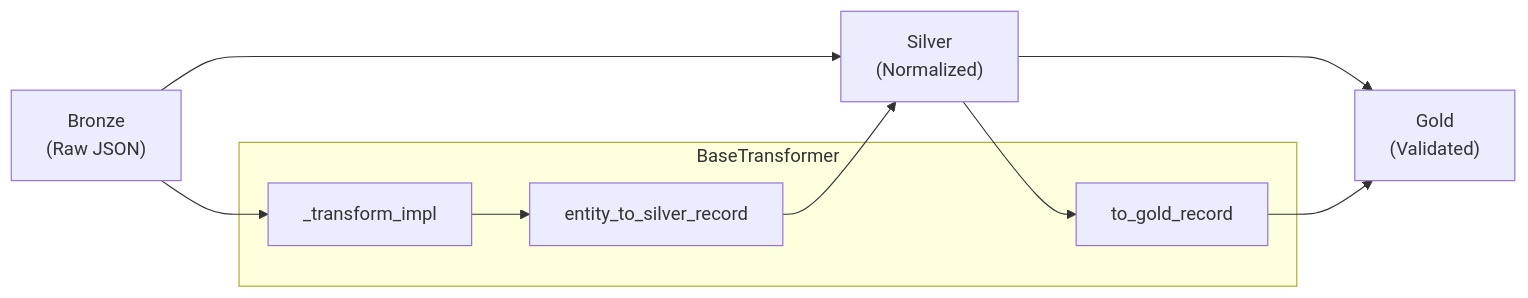
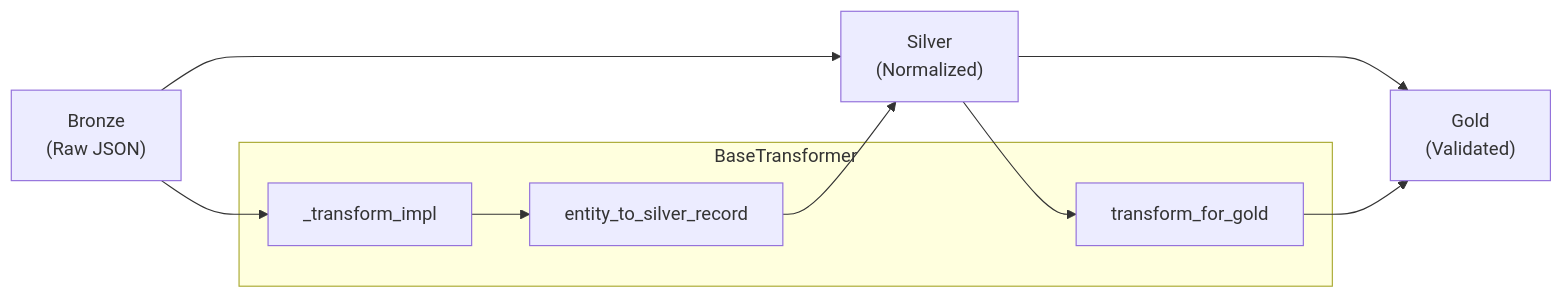
Before and after one commit to SatoryKono/BioactivityDataAcquisition: the diagram in docs/04-reference/api/application/transformers.md, drawn with Mermaid. The commit also changed other lines of this file and 4 other files, not shown here.

````diff
--- a/docs/04-reference/api/application/transformers.md
+++ b/docs/04-reference/api/application/transformers.md
@@ -9,17 +9,17 @@
 ```mermaid
 flowchart LR
     Bronze["Bronze<br/>(Raw JSON)"] --> Silver["Silver<br/>(Normalized)"]
     Silver --> Gold["Gold<br/>(Validated)"]
 
     subgraph Transform["BaseTransformer"]
         T1[_transform_impl]
         T2[entity_to_silver_record]
-        T3[to_gold_record]
+        T3[transform_for_gold]
     end
 
     Bronze --> T1
     T1 --> T2
     T2 --> Silver
     Silver --> T3
     T3 --> Gold
 ```
````
